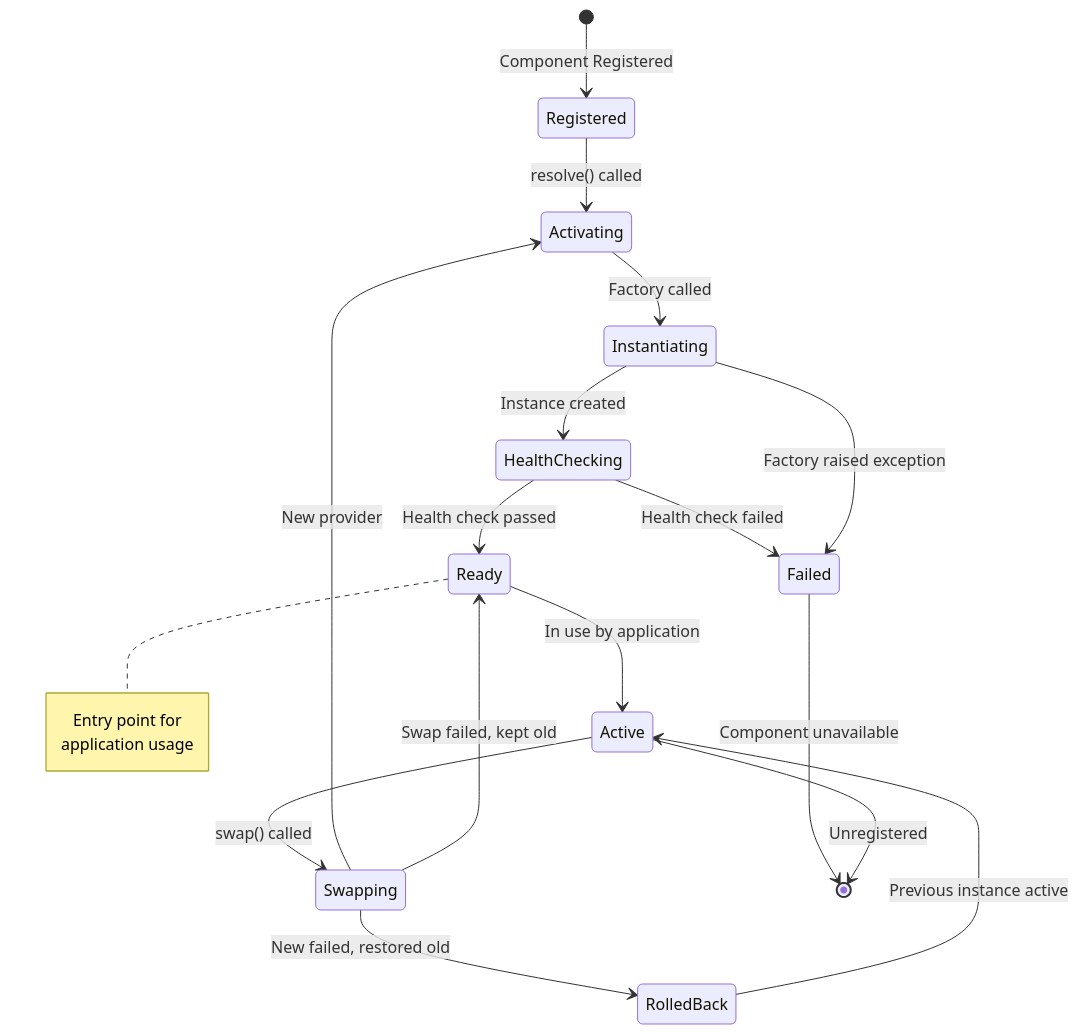
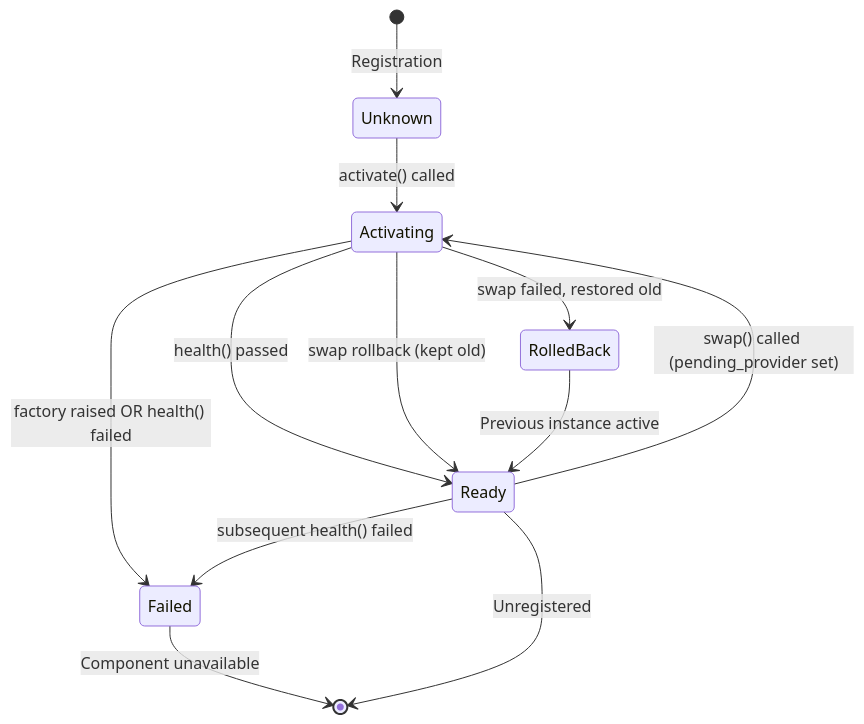
Before and after one commit to lesleslie/oneiric: the sixth of 32 diagrams in docs/VISUAL_GUIDE.md, drawn with Mermaid. The commit also changed other lines of this file, not shown here.

Commit message:
fix(oneiric): align lifecycle state names with LifecycleStatus enum
Also update DomainBridge class signatures and sibling use() method
signatures in the VISUAL_GUIDE classDiagram to match the actual
signatures in oneiric/domains/base.py.

````diff
--- a/docs/VISUAL_GUIDE.md
+++ b/docs/VISUAL_GUIDE.md
@@ -215,28 +215,14 @@
 ```mermaid
 stateDiagram-v2
-    [*] --> Registered: Component Registered
-
-    Registered --> Activating: resolve() called
-    Activating --> Instantiating: Factory called
-    Instantiating --> HealthChecking: Instance created
-    HealthChecking --> Ready: Health check passed
-    HealthChecking --> Failed: Health check failed
-    Instantiating --> Failed: Factory raised exception
-
-    Ready --> Active: In use by application
-    Active --> Swapping: swap() called
-
-    Swapping --> Activating: New provider
-    Swapping --> Ready: Swap failed, kept old
-    Swapping --> RolledBack: New failed, restored old
-
-    RolledBack --> Active: Previous instance active
-
+    [*] --> Unknown: Registration
+    Unknown --> Activating: activate() called
+    Activating --> Ready: health() passed
+    Activating --> Failed: factory raised OR health() failed
+    Ready --> Activating: swap() called (pending_provider set)
+    Ready --> Failed: subsequent health() failed
+    Activating --> Ready: swap rollback (kept old)
+    Activating --> RolledBack: swap failed, restored old
+    RolledBack --> Ready: Previous instance active
     Failed --> [*]: Component unavailable
-    Active --> [*]: Unregistered
-
-    note right of Ready
-        Entry point for
-        application usage
-    end note
+    Ready --> [*]: Unregistered
 ```
````
